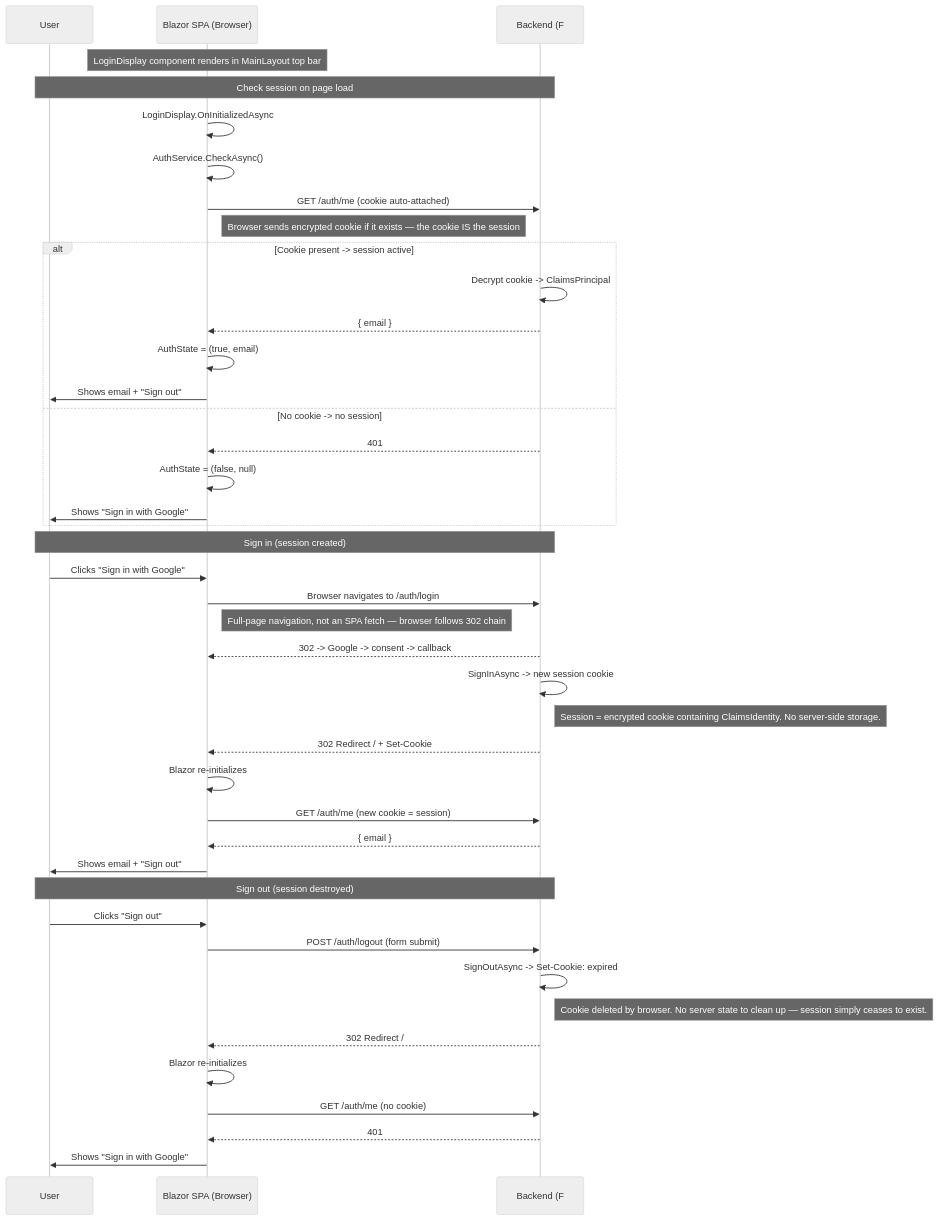
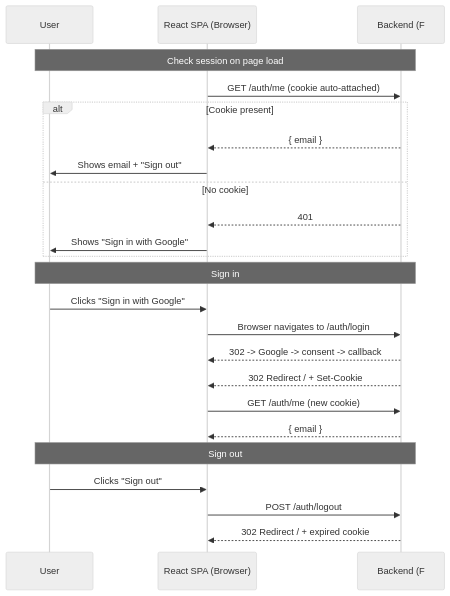
One commit to jagasafari/longevity changed the third of 3 diagrams in docs/02-services.md. Above: the diagram before and after it, drawn with Mermaid (neutral theme). The commit also changed other lines of this file and 10 other files, not shown here.

First line of the commit message:
docs: update frontend references from Blazor WASM to React + TypeScript

````diff
--- a/docs/02-services.md
+++ b/docs/02-services.md
@@ -102,52 +104,29 @@
 ```mermaid
 sequenceDiagram
    participant User
-   participant SPA as Blazor SPA (Browser)
+   participant SPA as React SPA (Browser)
    participant BE as Backend (F# API)
 
-   Note over SPA: LoginDisplay component renders in MainLayout top bar
-
    Note over User,BE: Check session on page load
-
-   SPA->>SPA: LoginDisplay.OnInitializedAsync
-   SPA->>SPA: AuthService.CheckAsync()
    SPA->>BE: GET /auth/me (cookie auto-attached)
-   Note right of SPA: Browser sends encrypted cookie if it exists — the cookie IS the session
-
-   alt Cookie present -> session active
-      BE->>BE: Decrypt cookie -> ClaimsPrincipal
+   alt Cookie present
       BE-->>SPA: { email }
-      SPA->>SPA: AuthState = (true, email)
       SPA->>User: Shows email + "Sign out"
-   else No cookie -> no session
+   else No cookie
       BE-->>SPA: 401
-      SPA->>SPA: AuthState = (false, null)
       SPA->>User: Shows "Sign in with Google"
    end
 
-   Note over User,BE: Sign in (session created)
-
+   Note over User,BE: Sign in
    User->>SPA: Clicks "Sign in with Google"
    SPA->>BE: Browser navigates to /auth/login
-   Note right of SPA: Full-page navigation, not an SPA fetch — browser follows 302 chain
    BE-->>SPA: 302 -> Google -> consent -> callback
-   BE->>BE: SignInAsync -> new session cookie
-   Note right of BE: Session = encrypted cookie containing ClaimsIdentity. No server-side storage.
    BE-->>SPA: 302 Redirect / + Set-Cookie
-   SPA->>SPA: Blazor re-initializes
-   SPA->>BE: GET /auth/me (new cookie = session)
+   SPA->>BE: GET /auth/me (new cookie)
    BE-->>SPA: { email }
-   SPA->>User: Shows email + "Sign out"
 
-   Note over User,BE: Sign out (session destroyed)
-
+   Note over User,BE: Sign out
    User->>SPA: Clicks "Sign out"
-   SPA->>BE: POST /auth/logout (form submit)
-   BE->>BE: SignOutAsync -> Set-Cookie: expired
-   Note right of BE: Cookie deleted by browser. No server state to clean up — session simply ceases to exist.
-   BE-->>SPA: 302 Redirect /
-   SPA->>SPA: Blazor re-initializes
-   SPA->>BE: GET /auth/me (no cookie)
-   BE-->>SPA: 401
-   SPA->>User: Shows "Sign in with Google"
+   SPA->>BE: POST /auth/logout
+   BE-->>SPA: 302 Redirect / + expired cookie
 ```
````
